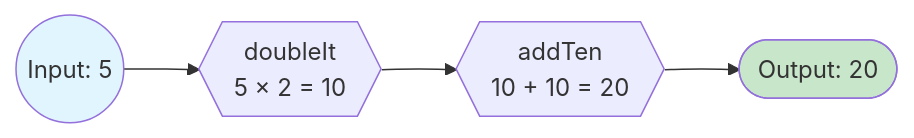
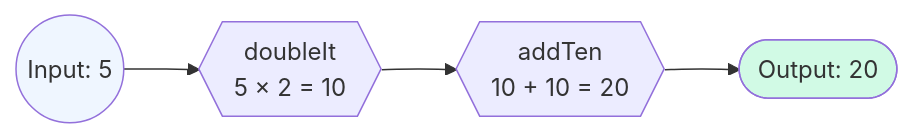
The second of 4 diagrams in docs/java/FunctionalProgramming.md (saivamsikaruturi/vamsilabs-dev-notes-main), drawn with Mermaid before and after one commit. The commit also changed other lines of this file and 220 other files, not shown here.

First line of the commit message:
Add 50+ new Java/Spring Boot pages, rewrite CSS code blocks to Oracle style, fix all diagram colors

````diff
--- a/docs/java/FunctionalProgramming.md
+++ b/docs/java/FunctionalProgramming.md
@@ -155,8 +165,8 @@
 ```mermaid
 flowchart LR
     A(("Input: 5")) --> B{{"doubleIt<br/>5 × 2 = 10"}}
     B --> C{{"addTen<br/>10 + 10 = 20"}}
     C --> D(["Output: 20"])
-    style A fill:#e1f5fe
-    style D fill:#c8e6c9
+    style A fill:#EFF6FF
+    style D fill:#D1FAE5
 ```
````
